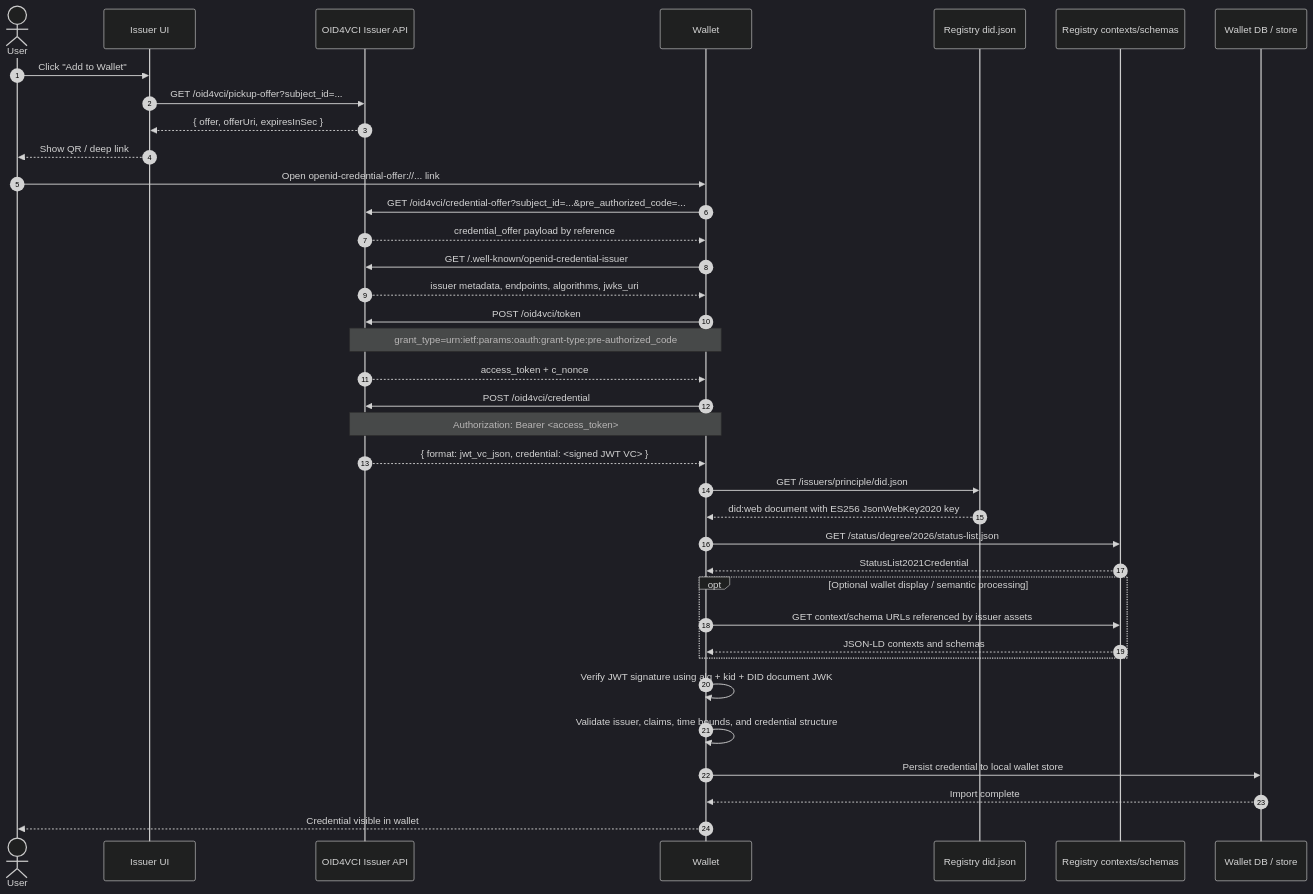
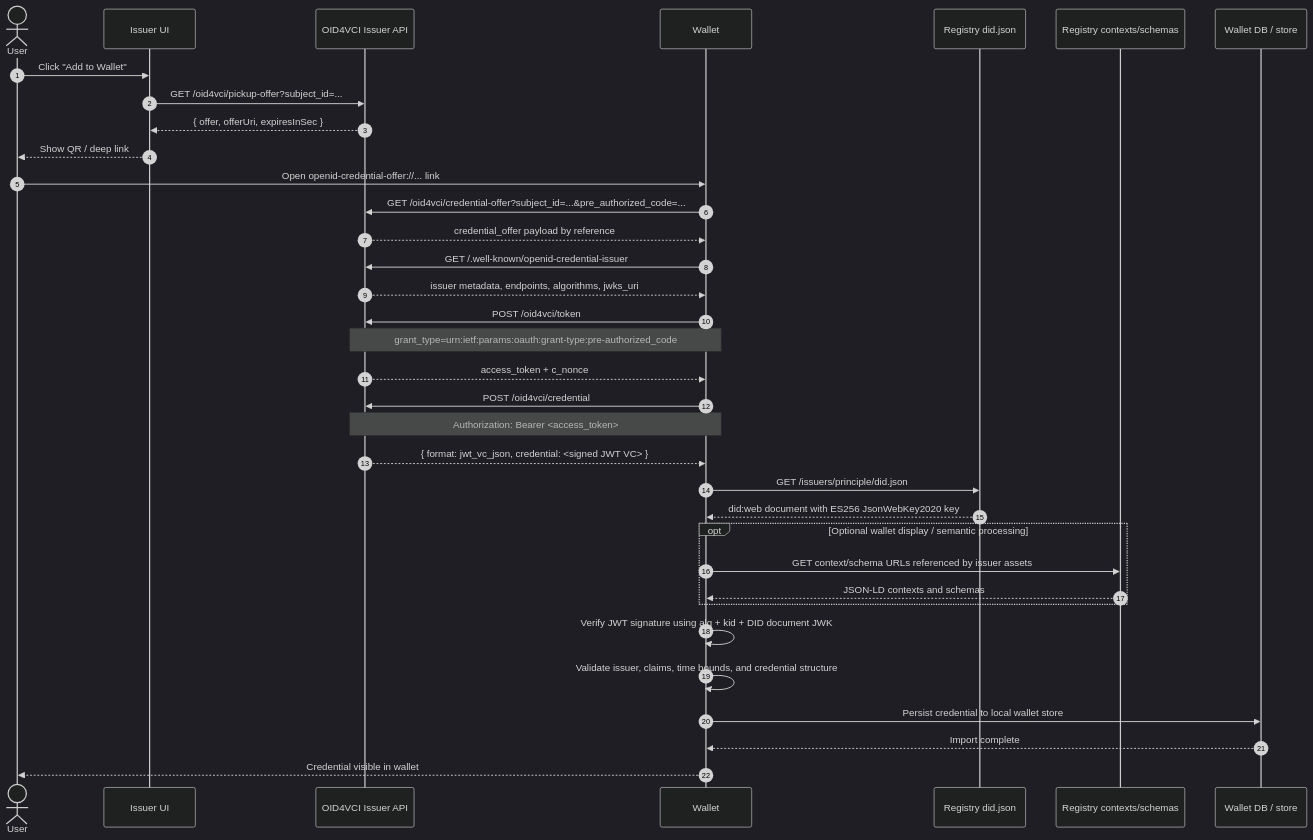
Before and after one commit to huypengin/IU-VC-Cert-University: the diagram in docs/wallet-verification-import-flow.md, drawn with Mermaid (dark theme). The commit also changed other lines of this file and 27 other files, not shown here.

````diff
--- a/docs/wallet-verification-import-flow.md
+++ b/docs/wallet-verification-import-flow.md
@@ -32,48 +30,45 @@
 ```mermaid
 sequenceDiagram
     autonumber
     actor User
     participant UI as Issuer UI
     participant API as OID4VCI Issuer API
     participant Wallet as Wallet
     participant DID as Registry did.json
     participant Registry as Registry contexts/schemas
     participant DB as Wallet DB / store
 
     User->>UI: Click "Add to Wallet"
     UI->>API: GET /oid4vci/pickup-offer?subject_id=...
     API-->>UI: { offer, offerUri, expiresInSec }
     UI-->>User: Show QR / deep link
 
     User->>Wallet: Open openid-credential-offer://... link
     Wallet->>API: GET /oid4vci/credential-offer?subject_id=...&pre_authorized_code=...
     API-->>Wallet: credential_offer payload by reference
 
     Wallet->>API: GET /.well-known/openid-credential-issuer
     API-->>Wallet: issuer metadata, endpoints, algorithms, jwks_uri
 
     Wallet->>API: POST /oid4vci/token
     Note over Wallet,API: grant_type=urn:ietf:params:oauth:grant-type:pre-authorized_code
     API-->>Wallet: access_token + c_nonce
 
     Wallet->>API: POST /oid4vci/credential
     Note over Wallet,API: Authorization: Bearer <access_token>
     API-->>Wallet: { format: jwt_vc_json, credential: <signed JWT VC> }
 
     Wallet->>DID: GET /issuers/principle/did.json
     DID-->>Wallet: did:web document with ES256 JsonWebKey2020 key
 
-    Wallet->>Registry: GET /status/degree/2026/status-list.json
-    Registry-->>Wallet: StatusList2021Credential
-
     opt Optional wallet display / semantic processing
         Wallet->>Registry: GET context/schema URLs referenced by issuer assets
         Registry-->>Wallet: JSON-LD contexts and schemas
     end
 
     Wallet->>Wallet: Verify JWT signature using alg + kid + DID document JWK
     Wallet->>Wallet: Validate issuer, claims, time bounds, and credential structure
     Wallet->>DB: Persist credential to local wallet store
     DB-->>Wallet: Import complete
     Wallet-->>User: Credential visible in wallet
 ```
````
